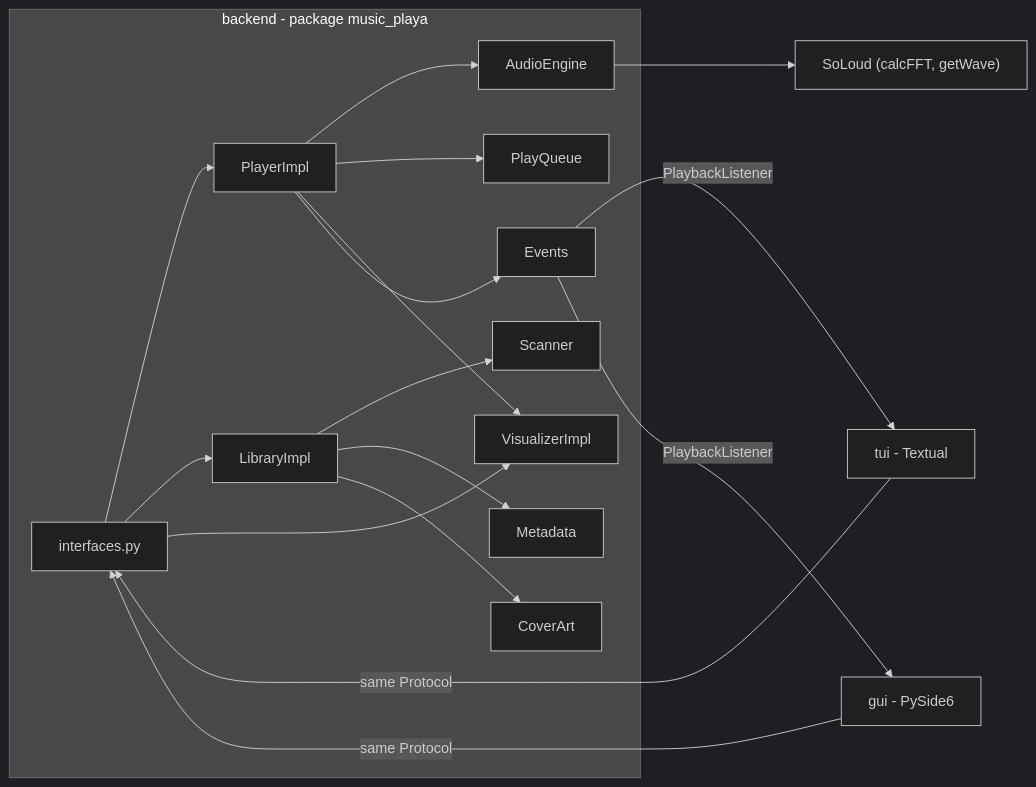
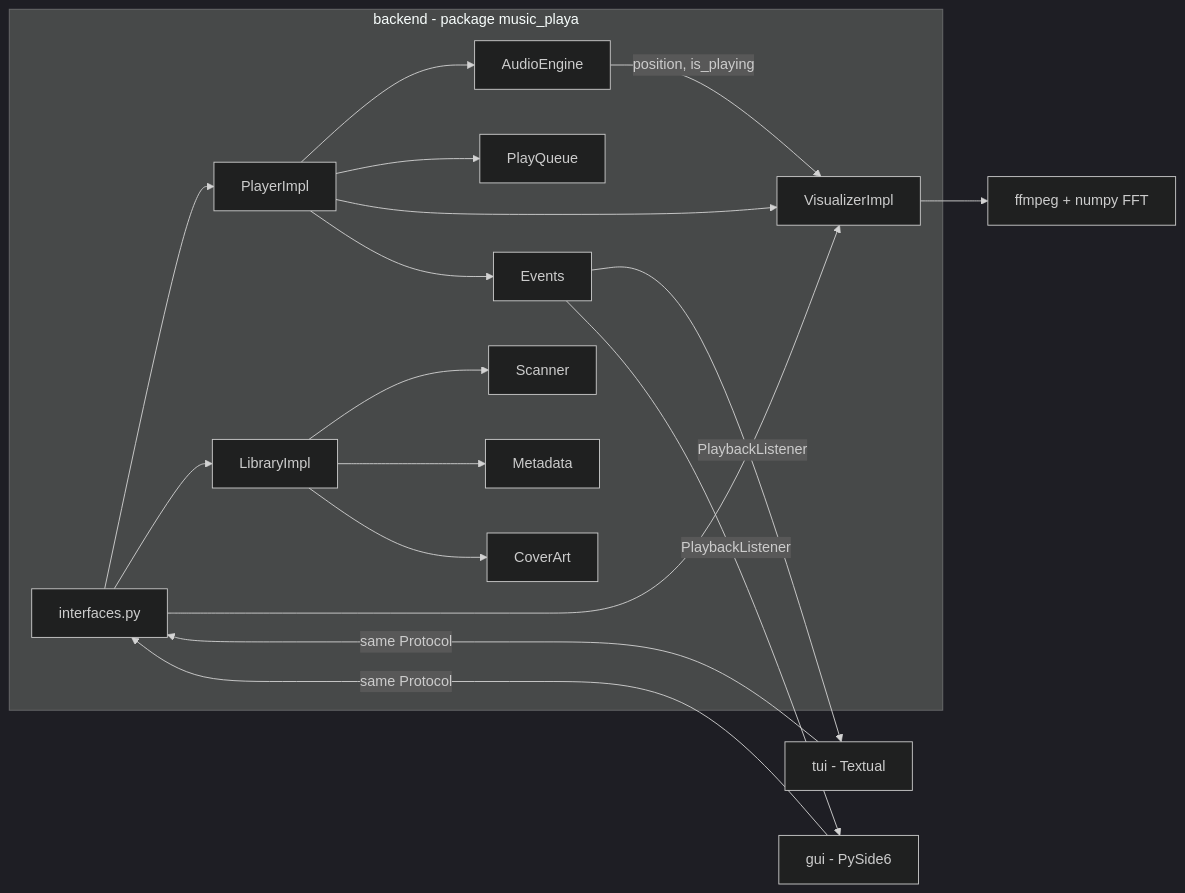
The diagram in backend/README.md (ukashu/music_playa), drawn with Mermaid (dark theme) before and after one commit. The commit also changed other lines of this file and 16 other files, not shown here.

First line of the commit message:
Add FFT spectrum visualizer with configurable GUI and TUI bars

````diff
--- a/backend/README.md
+++ b/backend/README.md
@@ -22,21 +22,22 @@
 ```mermaid
 flowchart LR
     subgraph backendPkg [backend - package music_playa]
         Interfaces["interfaces.py"]
         PlayerImpl --> AudioEngine
         PlayerImpl --> PlayQueue
         LibraryImpl --> Scanner
         LibraryImpl --> Metadata
         LibraryImpl --> CoverArt
         PlayerImpl --> VisualizerImpl
         PlayerImpl --> Events
         Interfaces --> PlayerImpl
         Interfaces --> LibraryImpl
         Interfaces --> VisualizerImpl
     end
     TuiApp["tui - Textual"] -->|same Protocol| Interfaces
     GuiApp["gui - PySide6"] -->|same Protocol| Interfaces
     Events -->|PlaybackListener| TuiApp
     Events -->|PlaybackListener| GuiApp
-    AudioEngine --> SoLoud["SoLoud (calcFFT, getWave)"]
+    AudioEngine -->|"position, is_playing"| VisualizerImpl
+    VisualizerImpl --> Ffmpeg["ffmpeg + numpy FFT"]
 ```
````
